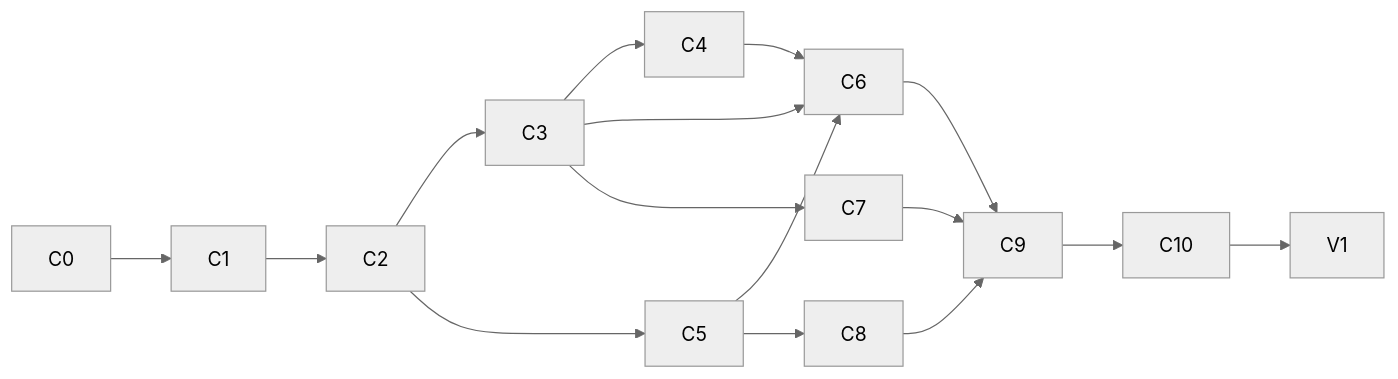
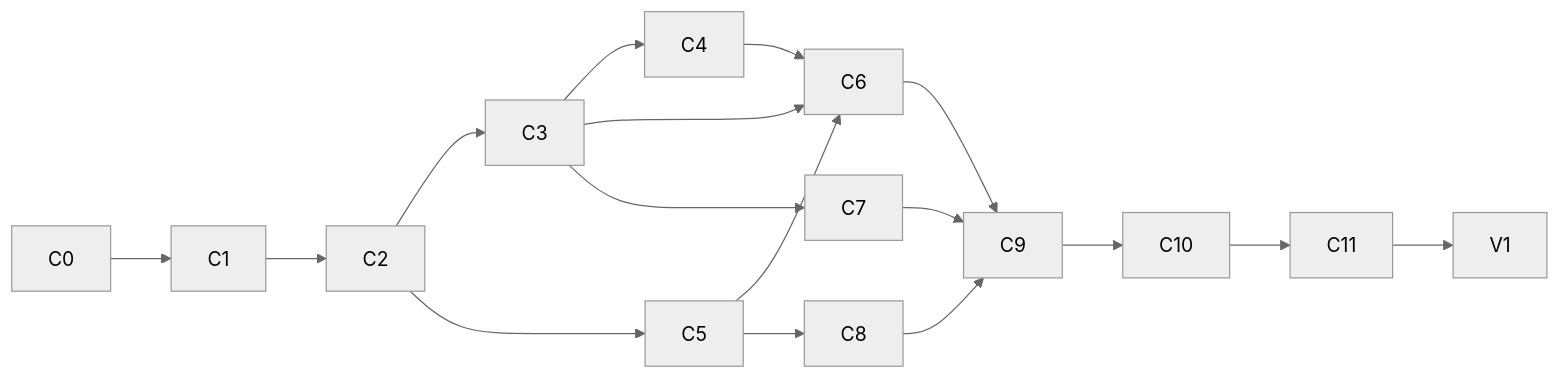
One commit to CTRL-Neo-Studios/vertex changed the diagram in plans/Canvas Plan.md. Above: the diagram before and after it, drawn with Mermaid (neutral theme). The commit also changed other lines of this file and 30 other files, not shown here.

````diff
--- a/plans/Canvas Plan.md
+++ b/plans/Canvas Plan.md
@@ -28,15 +28,16 @@
 ```mermaid
 flowchart LR
   C0 --> C1 --> C2 --> C3 --> C4
   C2 --> C5
   C3 --> C6
   C4 --> C6
   C5 --> C6
   C3 --> C7
   C5 --> C8
   C6 --> C9
   C7 --> C9
   C8 --> C9
   C9 --> C10
-  C10 --> V1
+  C10 --> C11
+  C11 --> V1
 ```
````
